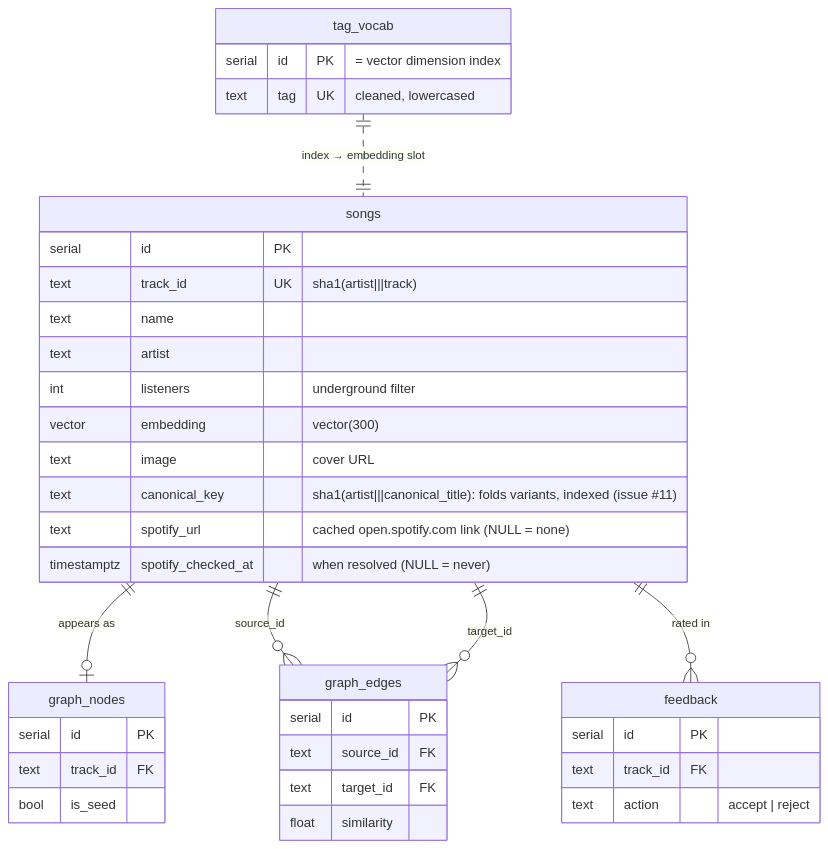
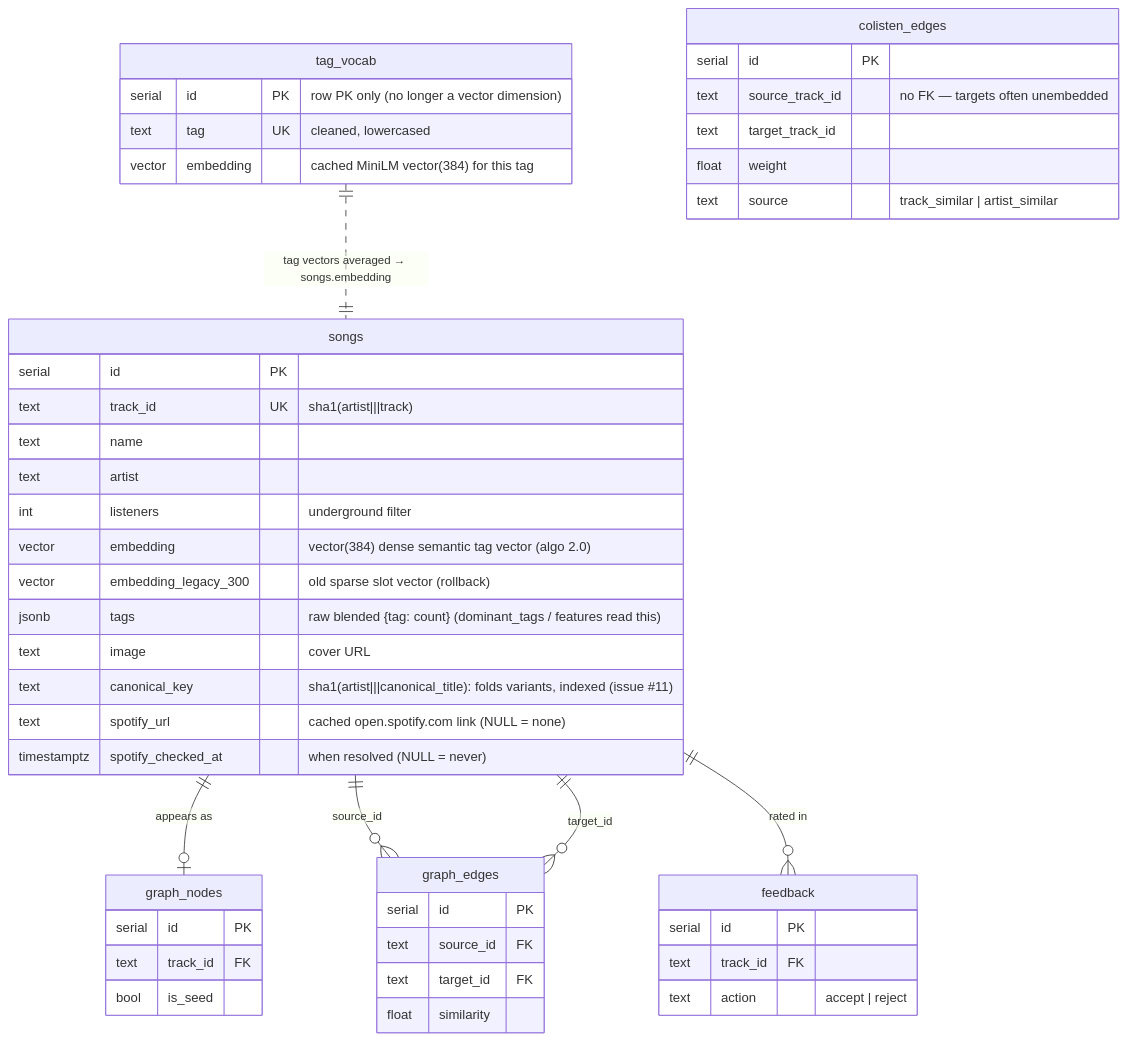
One commit to pedro-boudoux/pyo changed the second of 13 diagrams in ARCHITECTURE.md. Above: the diagram before and after it, drawn with Mermaid. The commit also changed other lines of this file and 2 other files, not shown here.

````diff
--- a/ARCHITECTURE.md
+++ b/ARCHITECTURE.md
@@ -96,41 +106,51 @@
 ```mermaid
 erDiagram
     songs {
         serial id PK
         text track_id UK "sha1(artist|||track)"
         text name
         text artist
         int listeners "underground filter"
-        vector embedding "vector(300)"
+        vector embedding "vector(384) dense semantic tag vector (algo 2.0)"
+        vector embedding_legacy_300 "old sparse slot vector (rollback)"
+        jsonb tags "raw blended {tag: count} (dominant_tags / features read this)"
         text image "cover URL"
         text canonical_key "sha1(artist|||canonical_title): folds variants, indexed (issue #11)"
         text spotify_url "cached open.spotify.com link (NULL = none)"
         timestamptz spotify_checked_at "when resolved (NULL = never)"
     }
     tag_vocab {
-        serial id PK "= vector dimension index"
+        serial id PK "row PK only (no longer a vector dimension)"
         text tag UK "cleaned, lowercased"
+        vector embedding "cached MiniLM vector(384) for this tag"
     }
     graph_nodes {
         serial id PK
         text track_id FK
         bool is_seed
     }
     graph_edges {
         serial id PK
         text source_id FK
         text target_id FK
         float similarity
     }
     feedback {
         serial id PK
         text track_id FK
         text action "accept | reject"
     }
+    colisten_edges {
+        serial id PK
+        text source_track_id "no FK — targets often unembedded"
+        text target_track_id
+        float weight
+        text source "track_similar | artist_similar"
+    }
 
     songs ||--o| graph_nodes : "appears as"
     songs ||--o{ graph_edges : "source_id"
     songs ||--o{ graph_edges : "target_id"
     songs ||--o{ feedback : "rated in"
-    tag_vocab ||..|| songs : "index → embedding slot"
+    tag_vocab ||..|| songs : "tag vectors averaged → songs.embedding"
 ```
````
